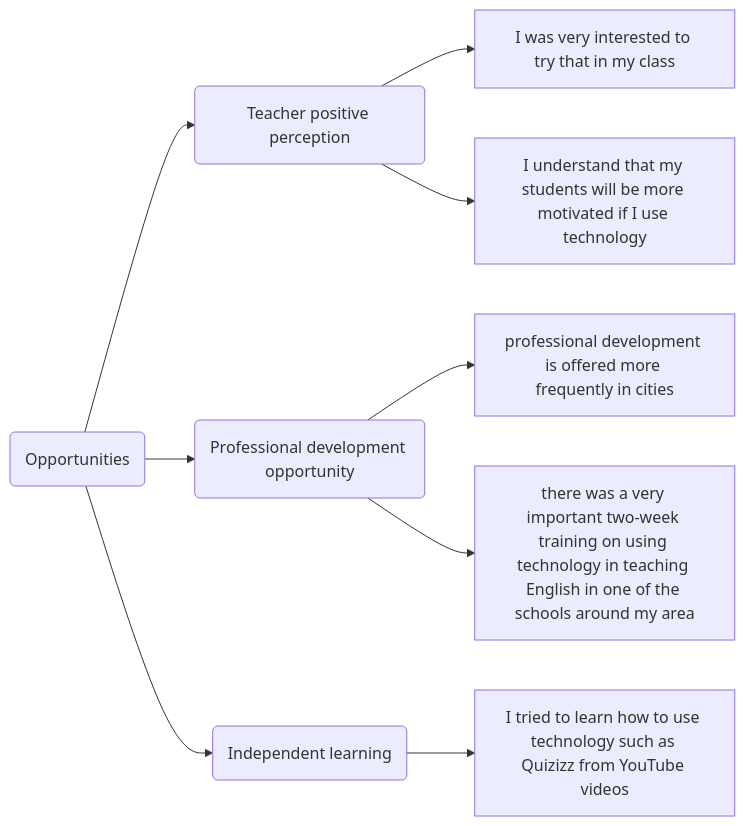
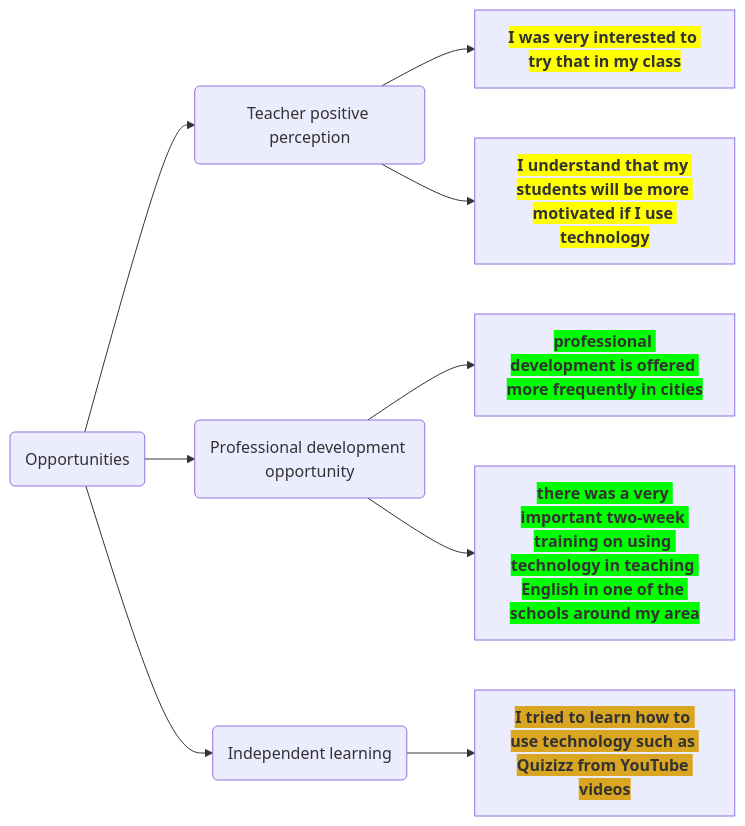
One commit to faisalmustafa/SLR changed the first of 2 diagrams in intro_coding.qmd. Above: the diagram before and after it, drawn with Mermaid. The commit also changed other lines of this file and 2 other files, not shown here.

````diff
--- a/intro_coding.qmd
+++ b/intro_coding.qmd
@@ -17,12 +17,12 @@
 ```{mermaid}
 flowchart LR
   A(Opportunities)
   A --> B(Teacher positive perception)
-  B --> C[I was very interested to try that in my class]
-  B --> D[I understand that my students will be more motivated if I use technology]
+  B --> C[<span style='background-color:yellow; font-weight: bold'>I was very interested to try that in my class</span>]
+  B --> D[<span style='background-color:yellow; font-weight: bold'>I understand that my students will be more motivated if I use technology</span>]
   A --> E(Professional development opportunity)
-  E --> F["professional development is offered more frequently in cities"]
-  E --> G["there was a very important two-week training on using technology in teaching English in one of the schools around my area"]
+  E --> F[<span style='background-color:Lime; font-weight: bold'>professional development is offered more frequently in cities</span>]
+  E --> G[<span style='background-color:Lime; font-weight: bold'>there was a very important two-week training on using technology in teaching English in one of the schools around my area</span>]
   A --> H(Independent learning)
-  H --> I["I tried to learn how to use technology such as Quizizz from YouTube videos"]
+  H --> I[<span style='background-color:Goldenrod; font-weight: bold'>I tried to learn how to use technology such as Quizizz from YouTube videos</span>]
 ```
````
